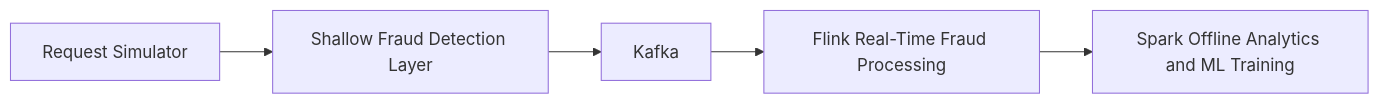
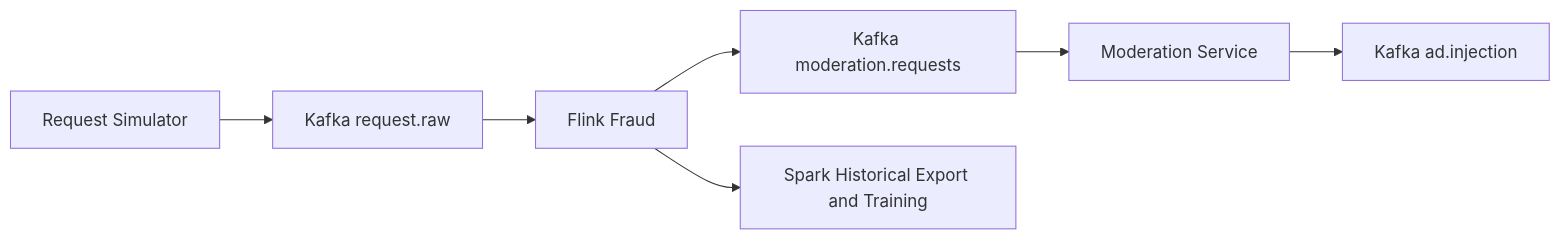
One commit to IamMistake/ai-ad-request-safety-pipeline changed the diagram in docs/project_overview.md. Above: the diagram before and after it, drawn with Mermaid. The commit also changed other lines of this file and 45 other files, not shown here.

Commit message:
rework pipeline into sequential fraud moderation flow

````diff
--- a/docs/project_overview.md
+++ b/docs/project_overview.md
@@ -56,7 +34,9 @@
 ```mermaid
 flowchart LR
-    A[Request Simulator] --> B[Shallow Fraud Detection Layer]
-    B --> C[Kafka]
-    C --> D[Flink Real-Time Fraud Processing]
-    D --> E[Spark Offline Analytics and ML Training]
+    A[Request Simulator] --> B[Kafka request.raw]
+    B --> C[Flink Fraud]
+    C --> D[Kafka moderation.requests]
+    D --> E[Moderation Service]
+    E --> F[Kafka ad.injection]
+    C --> G[Spark Historical Export and Training]
 ```
````
